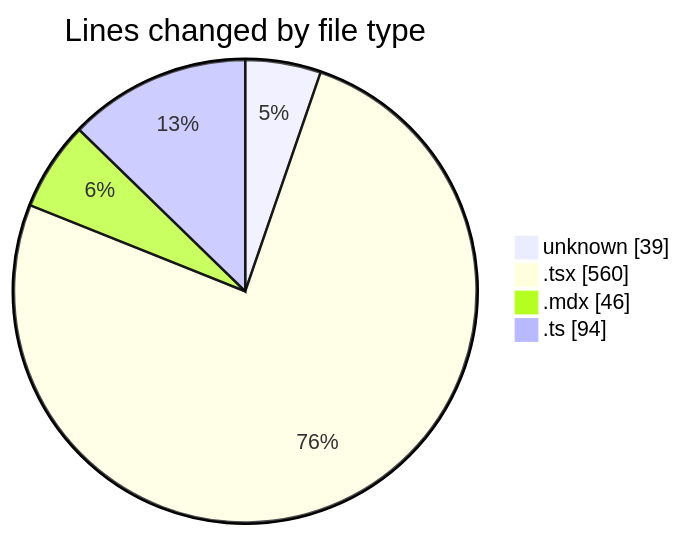
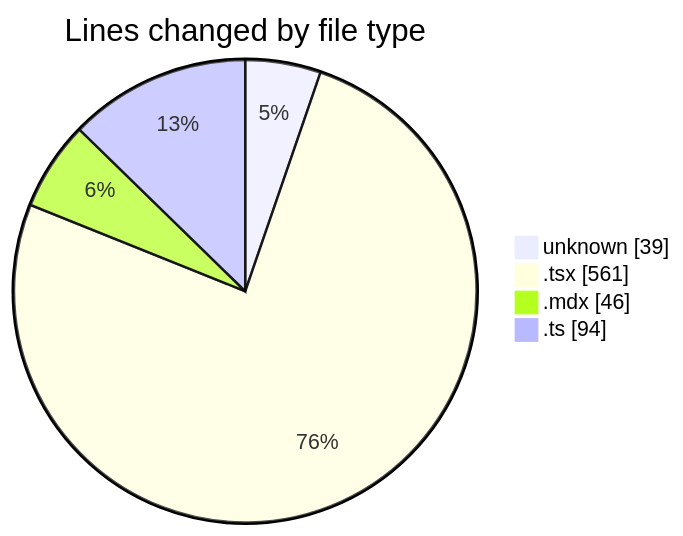
The first of 2 diagrams in 2025-05-24/elitesun/README.md (Elitesun/code-tracking), drawn with Mermaid before and after one commit. The commit also changed other lines of this file and 1 other file, not shown here.

````diff
--- a/2025-05-24/elitesun/README.md
+++ b/2025-05-24/elitesun/README.md
@@ -29,8 +29,8 @@
 ```mermaid
 pie showData
 title Lines changed by file type
 "unknown" : 39
-".tsx" : 560
+".tsx" : 561
 ".mdx" : 46
 ".ts" : 94
 ```
````
